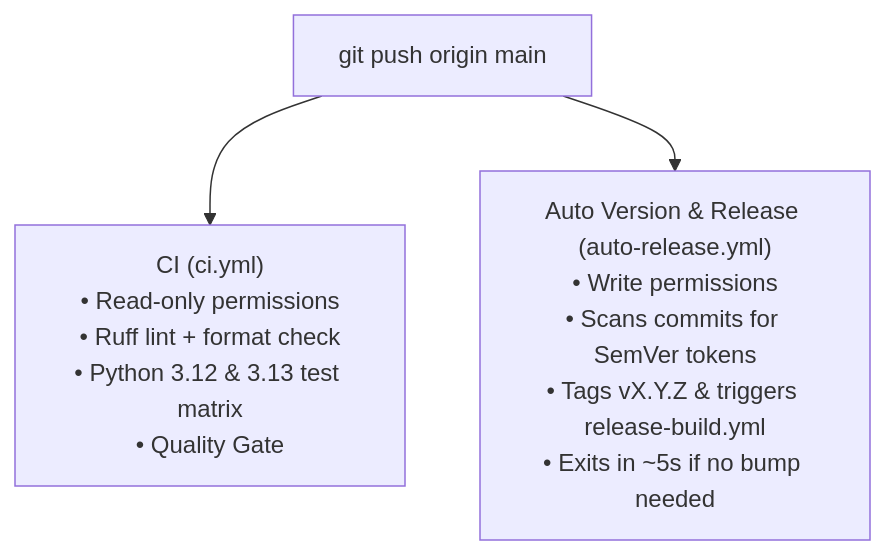
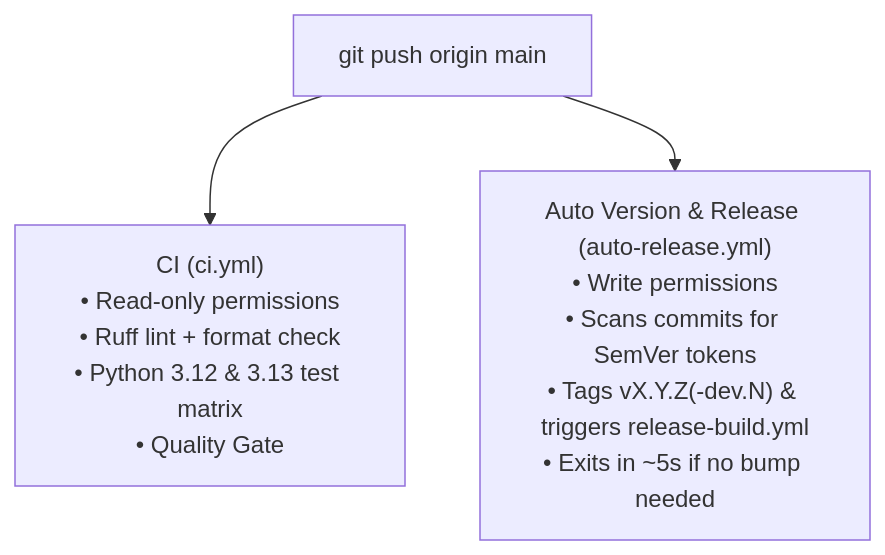
Before and after one commit to dishanagalawatta/SkillManager: the third of 3 diagrams in docs/CI_CD.md, drawn with Mermaid. The commit also changed other lines of this file and 5 other files, not shown here.

First line of the commit message:
docs: document dev pre-release pipeline

````diff
--- a/docs/CI_CD.md
+++ b/docs/CI_CD.md
@@ -90,5 +92,5 @@
 ```mermaid
 flowchart TD
     A["git push origin main"] --> B["CI (ci.yml)\n• Read-only permissions\n• Ruff lint + format check\n• Python 3.12 & 3.13 test matrix\n• Quality Gate"]
-    A --> C["Auto Version & Release (auto-release.yml)\n• Write permissions\n• Scans commits for SemVer tokens\n• Tags vX.Y.Z & triggers release-build.yml\n• Exits in ~5s if no bump needed"]
+    A --> C["Auto Version & Release (auto-release.yml)\n• Write permissions\n• Scans commits for SemVer tokens\n• Tags vX.Y.Z(-dev.N) & triggers release-build.yml\n• Exits in ~5s if no bump needed"]
 ```
````
